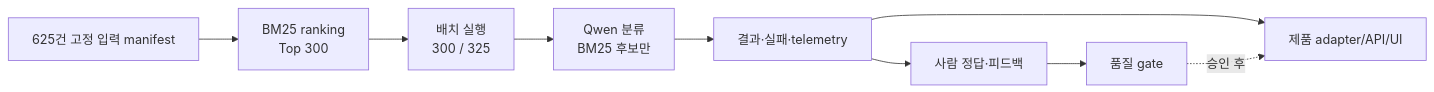
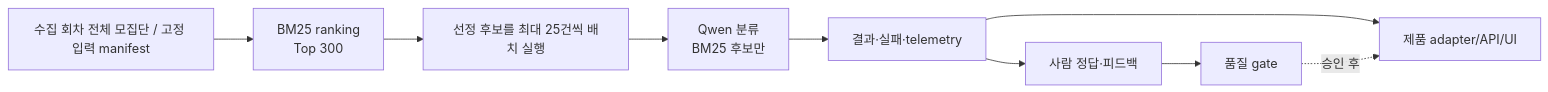
The fifth of 9 diagrams in docs/ARCHITECTURE.md (jechoiyyy/bidops), drawn with Mermaid before and after one commit. The commit also changed other lines of this file and 70 other files, not shown here.

```diff
--- a/docs/ARCHITECTURE.md
+++ b/docs/ARCHITECTURE.md
@@ -298,16 +302,16 @@
 ~~~mermaid
 flowchart LR
-    input[625건 고정 입력 manifest]
+    input[수집 회차 전체 모집단 / 고정 입력 manifest]
     bm25[BM25 ranking<br/>Top 300]
-    batch[배치 실행<br/>300 / 325]
+    batch[선정 후보를 최대 25건씩 배치 실행]
     qwen[Qwen 분류<br/>BM25 후보만]
     result[결과·실패·telemetry]
     feedback[사람 정답·피드백]
     gate[품질 gate]
     product[제품 adapter/API/UI]
 
     input --> bm25 --> batch --> qwen --> result
     result --> feedback --> gate
     result --> product
     gate -. 승인 후 .-> product
 ~~~
```
